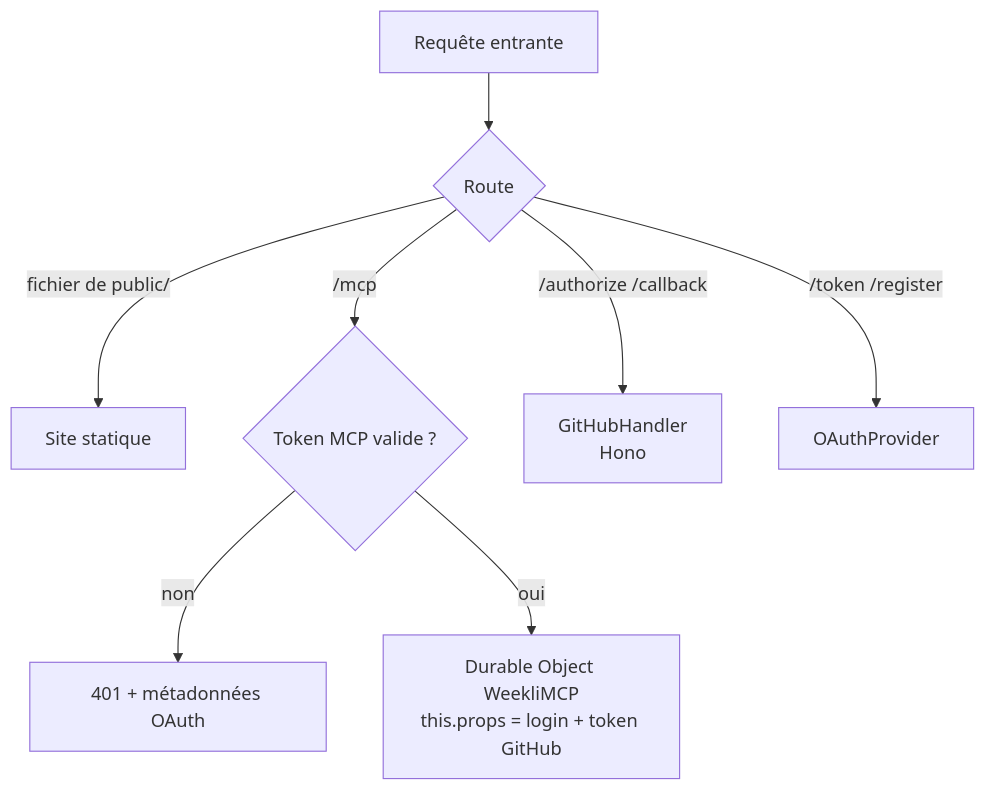
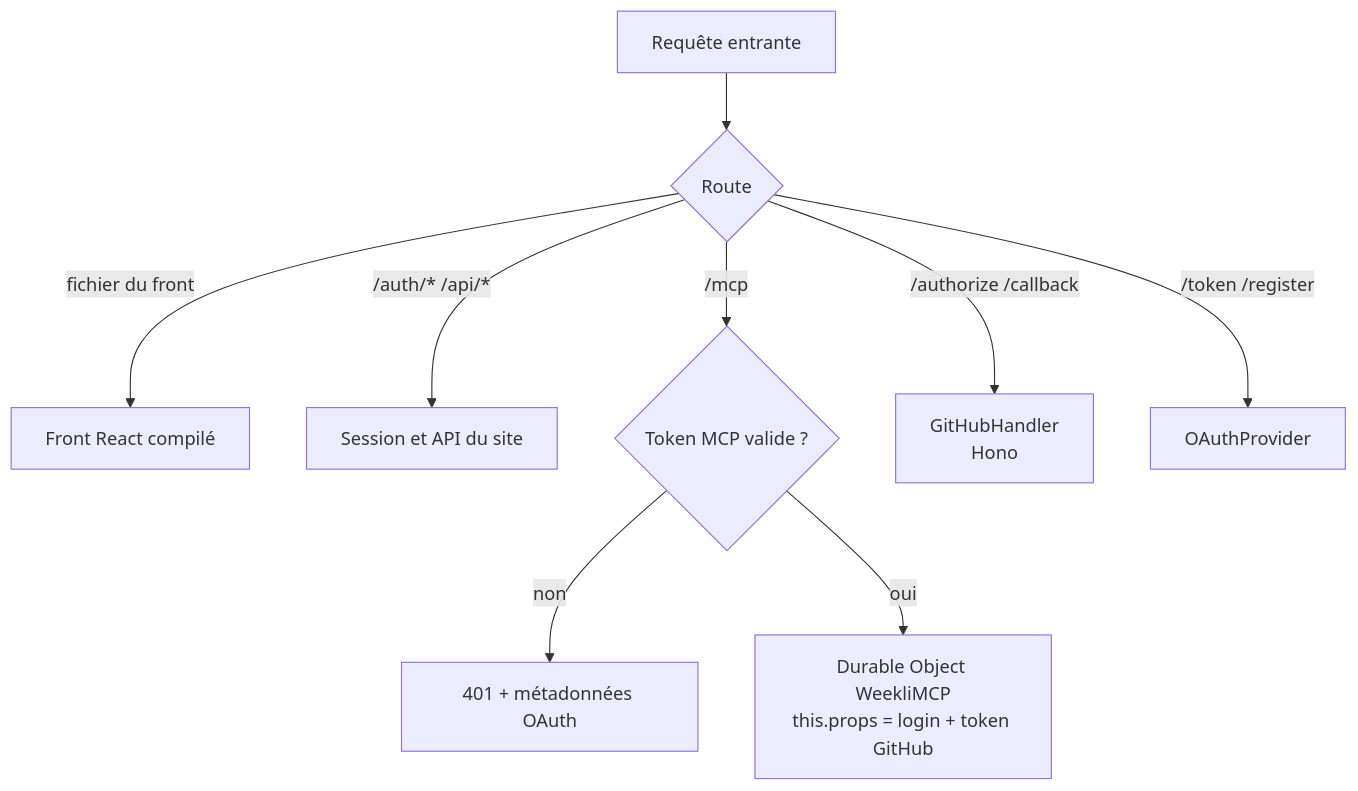
Before and after one commit to Souf-F/weekli: the first of 3 diagrams in docs/architecture.md, drawn with Mermaid. The commit also changed other lines of this file and 117 other files, not shown here.

First line of the commit message:
Monorepo : mode Claude (MCP) et mode site (cle API)

````diff
--- a/docs/architecture.md
+++ b/docs/architecture.md
@@ -11,10 +20,11 @@
 ```mermaid
 flowchart TB
     R[Requête entrante] --> A{Route}
-    A -- fichier de public/ --> S[Site statique]
+    A -- fichier du front --> S[Front React compilé]
+    A -- /auth/* /api/* --> W[Session et API du site]
     A -- /mcp --> T{Token MCP valide ?}
     T -- non --> E[401 + métadonnées OAuth]
     T -- oui --> D[Durable Object WeekliMCP<br/>this.props = login + token GitHub]
     A -- /authorize /callback --> H[GitHubHandler<br/>Hono]
     A -- /token /register --> P[OAuthProvider]
 ```
````
